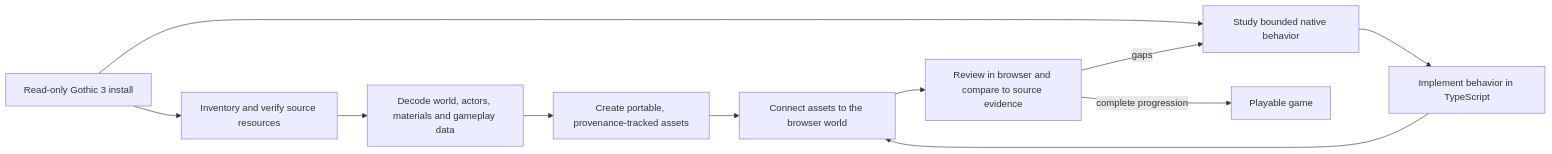
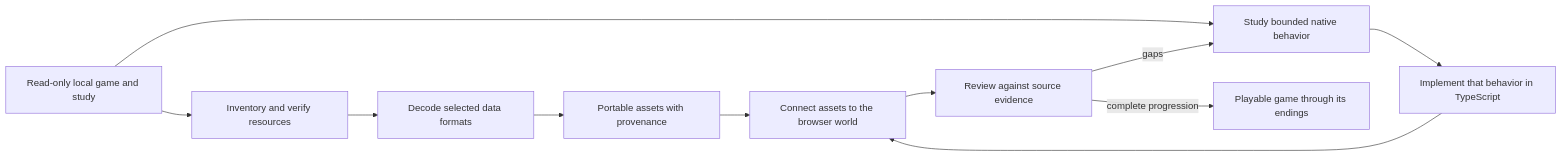
Before and after one commit to ael-dev3/Tervain: the diagram in docs/engineering/gothic3-rebuild-overview.md, drawn with Mermaid. The commit also changed other lines of this file and 38 other files, not shown here.

Commit message:
Connect source-backed Ardea dialogue and progression

````diff
--- a/docs/engineering/gothic3-rebuild-overview.md
+++ b/docs/engineering/gothic3-rebuild-overview.md
@@ -19,13 +19,13 @@
 ```mermaid
 flowchart LR
-  A[Read-only Gothic 3 install] --> B[Inventory and verify source resources]
-  B --> C[Decode world, actors, materials and gameplay data]
-  A --> D[Study bounded native behavior]
-  C --> E[Create portable, provenance-tracked assets]
-  D --> F[Implement behavior in TypeScript]
-  E --> G[Connect assets to the browser world]
-  F --> G
-  G --> H[Review in browser and compare to source evidence]
-  H -->|gaps| D
-  H -->|complete progression| I[Playable game]
+  I[Read-only local game and study] --> S[Inventory and verify resources]
+  S --> D[Decode selected data formats]
+  D --> A[Portable assets with provenance]
+  I --> N[Study bounded native behavior]
+  N --> T[Implement that behavior in TypeScript]
+  A --> W[Connect assets to the browser world]
+  T --> W
+  W --> R[Review against source evidence]
+  R -->|gaps| N
+  R -->|complete progression| G[Playable game through its endings]
 ```
````
